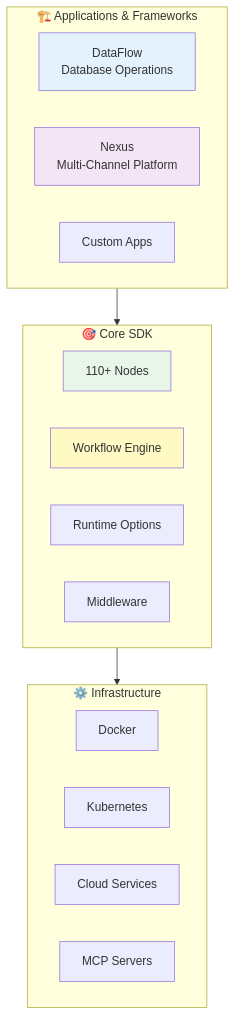
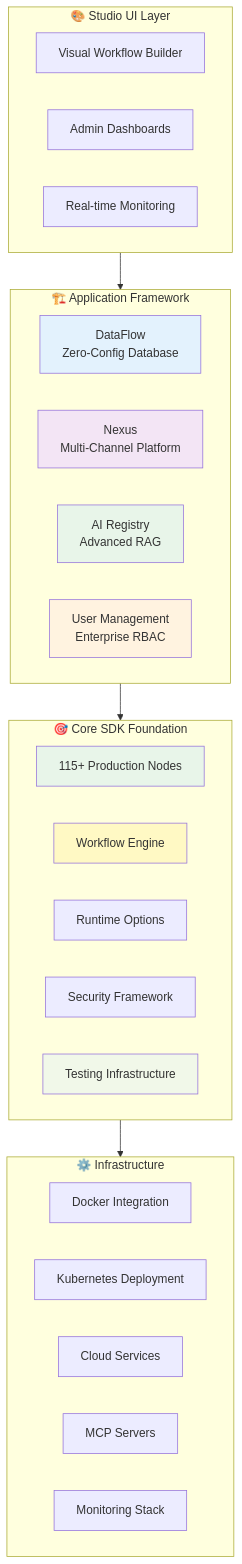
Before and after one commit to terrene-foundation/kailash-py: the diagram in docs/index.rst, drawn with Mermaid. The commit also changed other lines of this file and 4 other files, not shown here.

```diff
--- a/docs/index.rst
+++ b/docs/index.rst
@@ -182,30 +273,43 @@
 .. mermaid::
 
    graph TB
-       subgraph Applications["🏗️ Applications & Frameworks"]
-           DataFlow[DataFlow<br/>Database Operations]
-           Nexus[Nexus<br/>Multi-Channel Platform]
-           Custom[Custom Apps]
+       subgraph Studio["🎨 Studio UI Layer"]
+           Visual[Visual Workflow Builder]
+           Admin[Admin Dashboards]
+           Monitor[Real-time Monitoring]
        end
 
-       subgraph SDK["🎯 Core SDK"]
-           Nodes[110+ Nodes]
+       subgraph Applications["🏗️ Application Framework"]
+           DataFlow[DataFlow<br/>Zero-Config Database]
+           Nexus[Nexus<br/>Multi-Channel Platform]
+           AIRegistry[AI Registry<br/>Advanced RAG]
+           UserMgmt[User Management<br/>Enterprise RBAC]
+       end
+
+       subgraph SDK["🎯 Core SDK Foundation"]
+           Nodes[115+ Production Nodes]
            Workflow[Workflow Engine]
            Runtime[Runtime Options]
-           Middleware[Middleware]
+           Security[Security Framework]
+           Testing[Testing Infrastructure]
        end
 
        subgraph Infrastructure["⚙️ Infrastructure"]
-           Docker[Docker]
-           K8s[Kubernetes]
+           Docker[Docker Integration]
+           K8s[Kubernetes Deployment]
            Cloud[Cloud Services]
            MCP[MCP Servers]
+           Monitoring[Monitoring Stack]
        end
 
+       Studio --> Applications
        Applications --> SDK
        SDK --> Infrastructure
 
        style DataFlow fill:#e3f2fd
        style Nexus fill:#f3e5f5
+       style AIRegistry fill:#e8f5e9
+       style UserMgmt fill:#fff3e0
        style Nodes fill:#e8f5e9
        style Workflow fill:#fff9c4
+       style Testing fill:#f1f8e9
```
